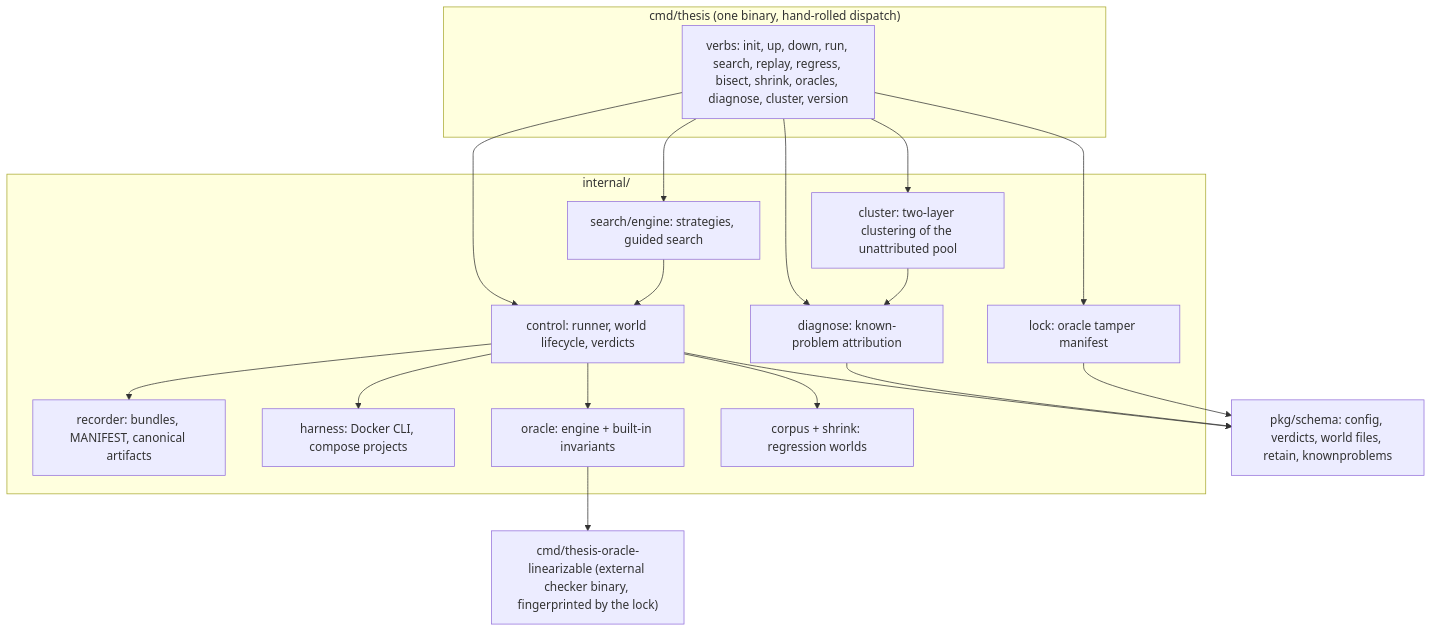
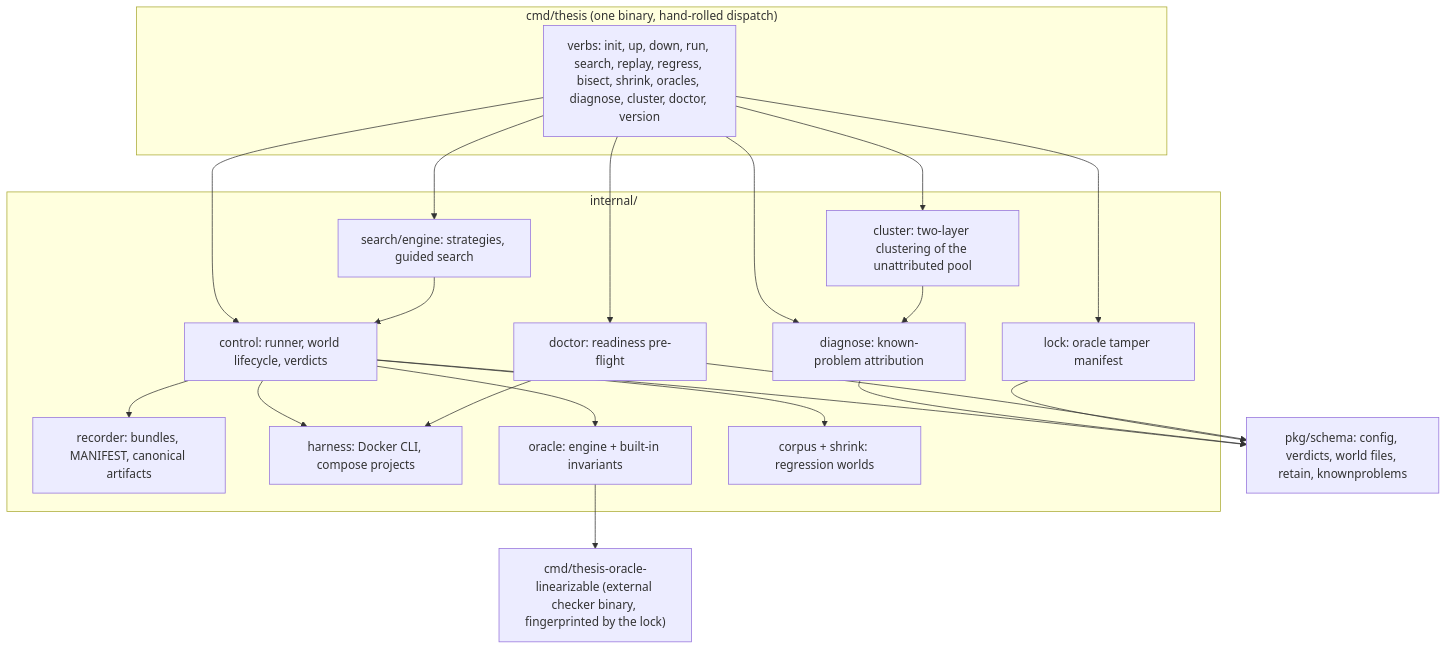
Before and after one commit to WrdCstlg/pro-thesis: the first of 3 diagrams in docs/ARCHITECTURE.md, drawn with Mermaid. The commit also changed 11 other files, not shown here.

Commit message:
feat(doctor): container parity pre-flight, and a union port check that sees the whole host (D-088, OQ-074)

````diff
--- a/docs/ARCHITECTURE.md
+++ b/docs/ARCHITECTURE.md
@@ -9,35 +9,39 @@
 ```mermaid
 flowchart TD
     subgraph CLI["cmd/thesis (one binary, hand-rolled dispatch)"]
-        V["verbs: init, up, down, run, search, replay, regress, bisect, shrink, oracles, diagnose, cluster, version"]
+        V["verbs: init, up, down, run, search, replay, regress, bisect, shrink, oracles, diagnose, cluster, doctor, version"]
     end
     subgraph Core["internal/"]
         CTRL["control: runner, world lifecycle, verdicts"]
         SEARCH["search/engine: strategies, guided search"]
         REC["recorder: bundles, MANIFEST, canonical artifacts"]
         HAR["harness: Docker CLI, compose projects"]
         ORA["oracle: engine + built-in invariants"]
         DIAG["diagnose: known-problem attribution"]
         CLU["cluster: two-layer clustering of the unattributed pool"]
         LOCK["lock: oracle tamper manifest"]
         CORP["corpus + shrink: regression worlds"]
+        DOCTOR["doctor: readiness pre-flight"]
     end
     SCHEMA["pkg/schema: config, verdicts, world files, retain, knownproblems"]
     CHECKER["cmd/thesis-oracle-linearizable (external checker binary, fingerprinted by the lock)"]
 
     V --> CTRL
     V --> SEARCH
     V --> DIAG
+    V --> DOCTOR
     CTRL --> REC
     CTRL --> HAR
     CTRL --> ORA
     SEARCH --> CTRL
     ORA --> CHECKER
     V --> LOCK
     V --> CLU
     CLU --> DIAG
     CTRL --> CORP
     CTRL --> SCHEMA
     DIAG --> SCHEMA
     LOCK --> SCHEMA
+    DOCTOR --> HAR
+    DOCTOR --> SCHEMA
 ```
````
